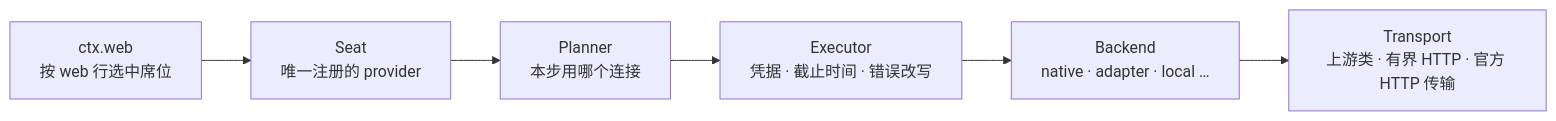
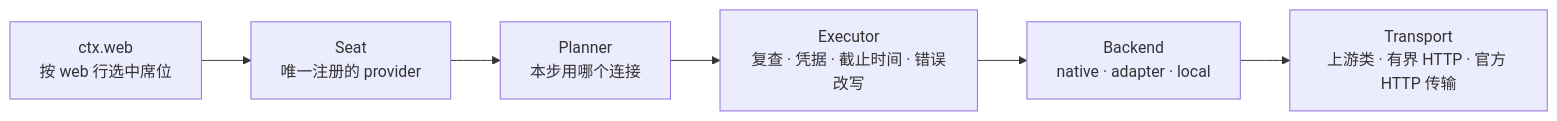
One commit to Yurzi/dsh-tool-web-enhanced changed the third of 3 diagrams in docs/architecture.md. Above: the diagram before and after it, drawn with Mermaid. The commit also changed other lines of this file and 271 other files, not shown here.

```diff
--- a/docs/architecture.md
+++ b/docs/architecture.md
@@ -192,8 +212,8 @@
 ~~~mermaid
 flowchart LR
   WEB["ctx.web<br/>按 web 行选中席位"] --> SEAT["Seat<br/>唯一注册的 provider"]
   SEAT --> PLAN["Planner<br/>本步用哪个连接"]
-  PLAN --> EXEC["Executor<br/>凭据 · 截止时间 · 错误改写"]
-  EXEC --> BACKEND["Backend<br/>native · adapter · local …"]
+  PLAN --> EXEC["Executor<br/>复查 · 凭据 · 截止时间 · 错误改写"]
+  EXEC --> BACKEND["Backend<br/>native · adapter · local"]
   BACKEND --> TRANSPORT["Transport<br/>上游类 · 有界 HTTP · 官方 HTTP 传输"]
 ~~~
```
